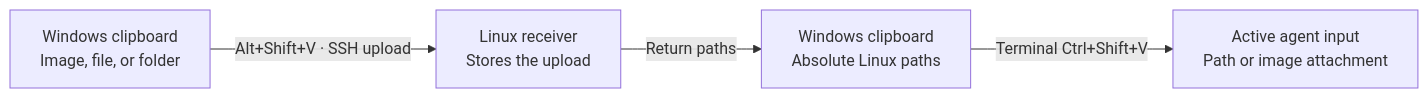
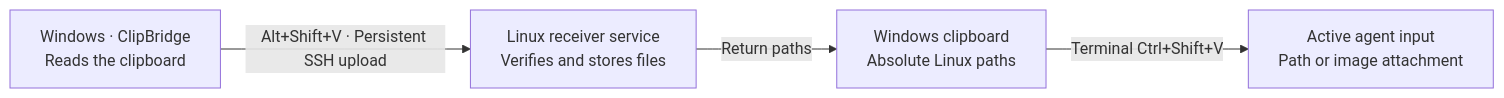
One commit to NewbieToEverything/clip-win-linux changed the first of 2 diagrams in README.md. Above: the diagram before and after it, drawn with Mermaid. The commit also changed other lines of this file and 1 other file, not shown here.

Commit message:
Label the transfer components in the README diagram

````diff
--- a/README.md
+++ b/README.md
@@ -13,10 +13,10 @@
 ```mermaid
 flowchart LR
-    A["Windows clipboard<br/>Image, file, or folder"]
-    B["Linux receiver<br/>Stores the upload"]
+    A["Windows · ClipBridge<br/>Reads the clipboard"]
+    B["Linux receiver service<br/>Verifies and stores files"]
     C["Windows clipboard<br/>Absolute Linux paths"]
     D["Active agent input<br/>Path or image attachment"]
-    A -->|"Alt+Shift+V · SSH upload"| B
+    A -->|"Alt+Shift+V · Persistent SSH upload"| B
     B -->|"Return paths"| C
     C -->|"Terminal Ctrl+Shift+V"| D
 ```
````
